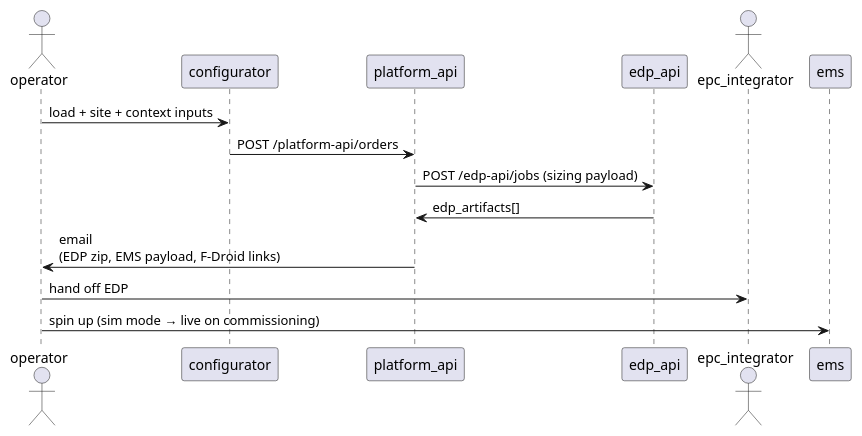
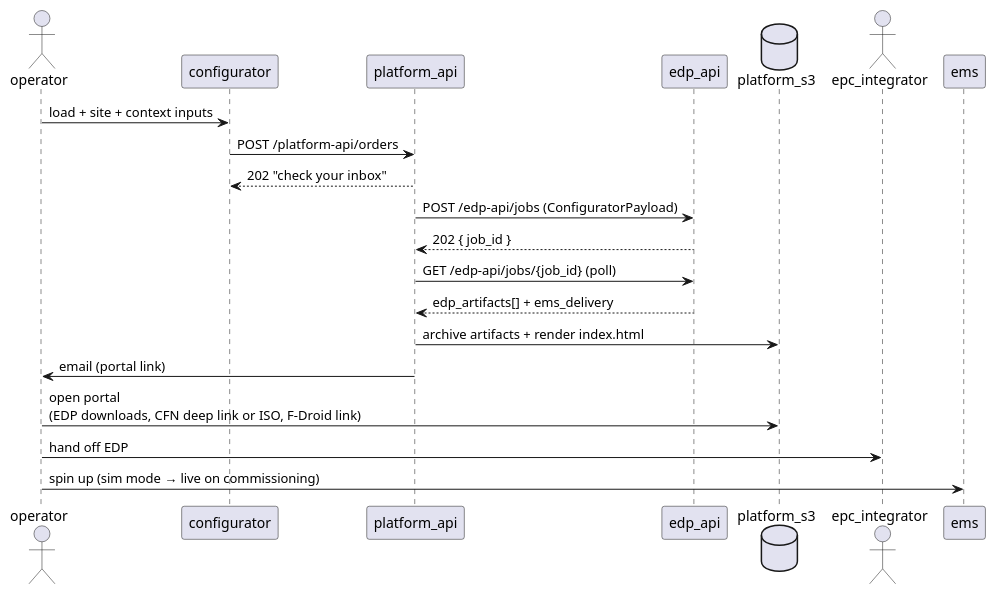
Before and after one commit to arcnode-io/arcnode: the diagram in readme.md, drawn with PlantUML. The commit also changed other lines of this file and 10 other files, not shown here.

````diff
--- a/readme.md
+++ b/readme.md
@@ -17,16 +17,22 @@
 ```plantuml
 actor operator
 participant configurator
 participant platform_api
 participant edp_api
+database platform_s3
 actor epc_integrator
 participant ems
 
 operator -> configurator: load + site + context inputs
 configurator -> platform_api: POST /platform-api/orders
-platform_api -> edp_api: POST /edp-api/jobs (sizing payload)
-edp_api -> platform_api: edp_artifacts[]
-platform_api -> operator: email\n(EDP zip, EMS payload, F-Droid links)
+platform_api --> configurator: 202 "check your inbox"
+platform_api -> edp_api: POST /edp-api/jobs (ConfiguratorPayload)
+edp_api --> platform_api: 202 { job_id }
+platform_api -> edp_api: GET /edp-api/jobs/{job_id} (poll)
+edp_api --> platform_api: edp_artifacts[] + ems_delivery
+platform_api -> platform_s3: archive artifacts + render index.html
+platform_api -> operator: email (portal link)
+operator -> platform_s3: open portal\n(EDP downloads, CFN deep link or ISO, F-Droid link)
 operator -> epc_integrator: hand off EDP
 operator -> ems: spin up (sim mode → live on commissioning)
 ```
````
